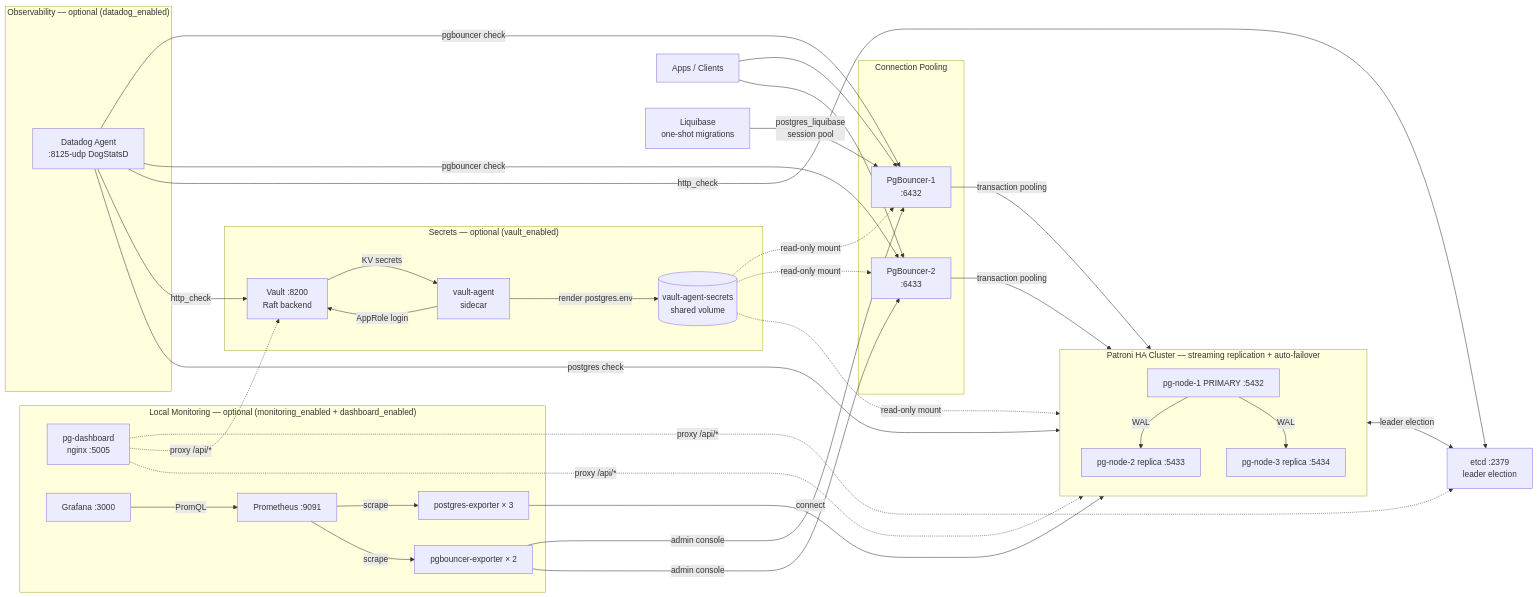
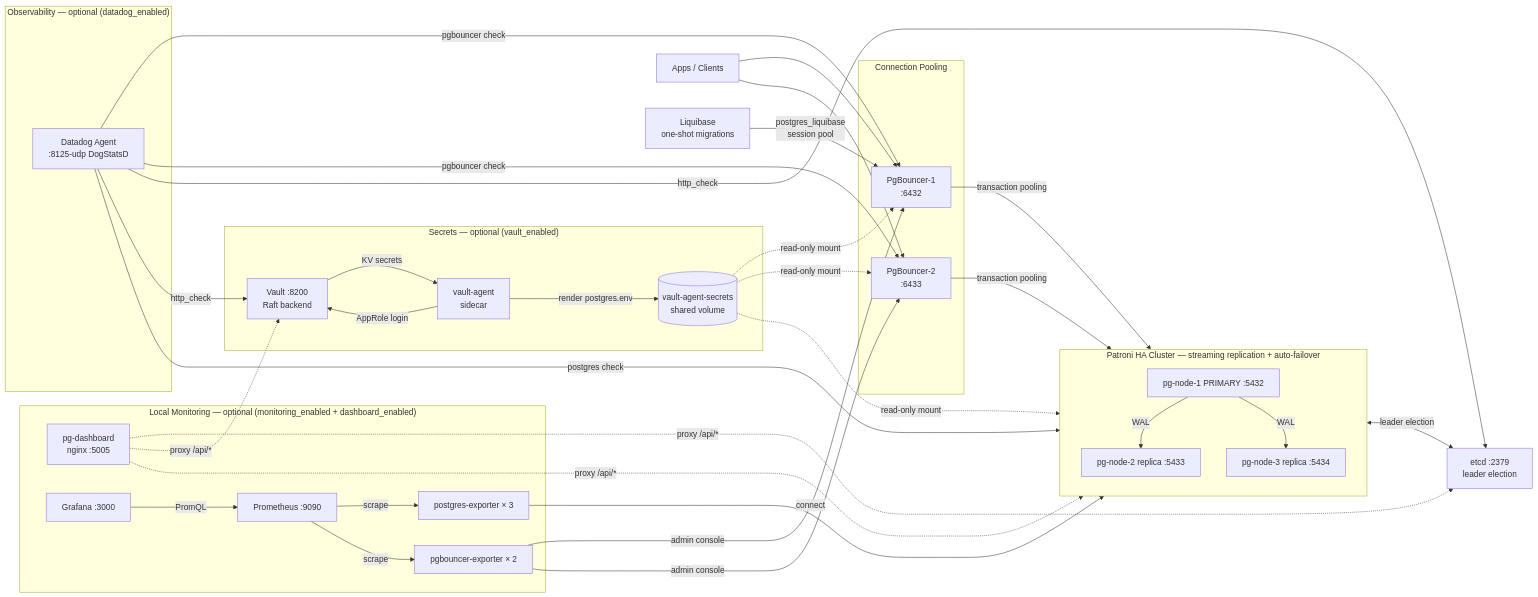
Before and after one commit to venkatajangala/terraform-docker-container-postgres: the diagram in CLAUDE.md, drawn with Mermaid. The commit also changed other lines of this file and 12 other files, not shown here.

````diff
--- a/CLAUDE.md
+++ b/CLAUDE.md
@@ -113,55 +113,55 @@
 ```mermaid
 graph LR
     APP["Apps / Clients"]
 
     subgraph POOL["Connection Pooling"]
         PGB1["PgBouncer-1\n:6432"]
         PGB2["PgBouncer-2\n:6433"]
     end
 
     subgraph PGHA["Patroni HA Cluster — streaming replication + auto-failover"]
         PG1["pg-node-1 PRIMARY :5432"]
         PG2["pg-node-2 replica  :5433"]
         PG3["pg-node-3 replica  :5434"]
     end
 
     ETCD["etcd :2379\nleader election"]
     LB["Liquibase\none-shot migrations"]
 
     subgraph SECRETS["Secrets — optional (vault_enabled)"]
         VAULT["Vault :8200\nRaft backend"]
         AGENT["vault-agent\nsidecar"]
         SVOL[("vault-agent-secrets\nshared volume")]
     end
 
     subgraph OBS["Observability — optional (datadog_enabled)"]
         DD["Datadog Agent\n:8125-udp DogStatsD"]
     end
 
     subgraph MON["Local Monitoring — optional (monitoring_enabled + dashboard_enabled)"]
         DASH["pg-dashboard\nnginx :5005"]
-        PROM["Prometheus :9091"]
+        PROM["Prometheus :9090"]
         GRAF["Grafana :3000"]
         PGE["postgres-exporter × 3"]
         PGBE["pgbouncer-exporter × 2"]
     end
 
     APP --> PGB1 & PGB2
     PGB1 & PGB2 -->|transaction pooling| PGHA
     PG1 -->|WAL| PG2 & PG3
     PGHA <-->|leader election| ETCD
     LB -->|postgres_liquibase\nsession pool| PGB1
     AGENT -->|AppRole login| VAULT
     VAULT -->|KV secrets| AGENT
     AGENT -->|render postgres.env| SVOL
     SVOL -. "read-only mount" .-> PGHA
     SVOL -. "read-only mount" .-> PGB1 & PGB2
     DD -->|postgres check| PGHA
     DD -->|pgbouncer check| PGB1 & PGB2
     DD -->|http_check| ETCD & VAULT
     PGE -->|connect| PGHA
     PGBE -->|admin console| PGB1 & PGB2
     PROM -->|scrape| PGE & PGBE
     GRAF -->|PromQL| PROM
     DASH -. "proxy /api/*" .-> PGHA & ETCD & VAULT
 ```
````
